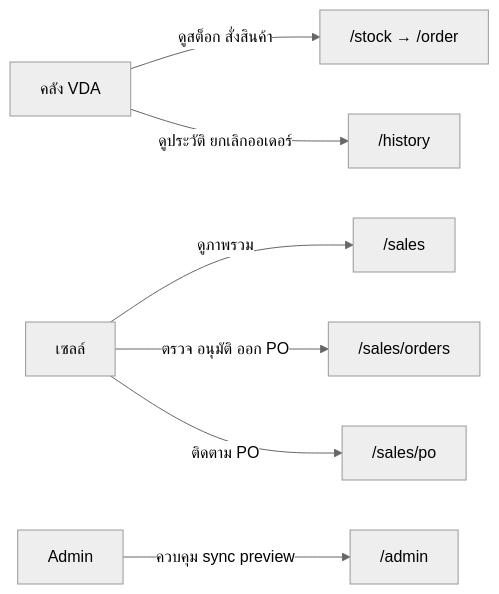
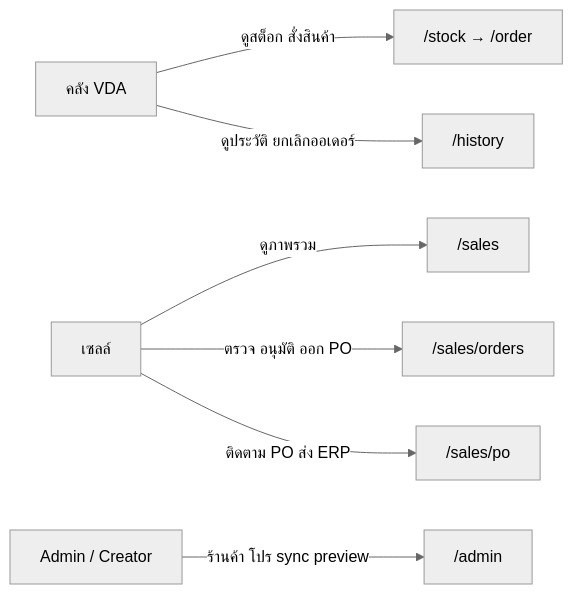
One commit to jintanabp/VMI changed the diagram in docs/wiki/00-home.md. Above: the diagram before and after it, drawn with Mermaid (neutral theme). The commit also changed other lines of this file and 37 other files, not shown here.

````diff
--- a/docs/wiki/00-home.md
+++ b/docs/wiki/00-home.md
@@ -53,9 +82,9 @@
 ```mermaid
 flowchart LR
     VDA["คลัง VDA"] -->|ดูสต็อก สั่งสินค้า| Stock["/stock → /order"]
     VDA -->|ดูประวัติ ยกเลิกออเดอร์| History["/history"]
     Sales["เซลล์"] -->|ดูภาพรวม| Dash["/sales"]
     Sales -->|ตรวจ อนุมัติ ออก PO| Orders["/sales/orders"]
-    Sales -->|ติดตาม PO| Po["/sales/po"]
-    Admin["Admin"] -->|ควบคุม sync preview| AdminPage["/admin"]
+    Sales -->|ติดตาม PO ส่ง ERP| Po["/sales/po"]
+    Admin["Admin / Creator"] -->|ร้านค้า โปร sync preview| AdminPage["/admin"]
 ```
````
